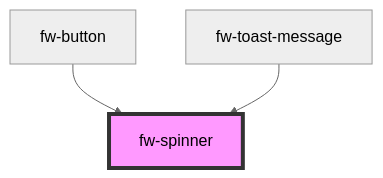
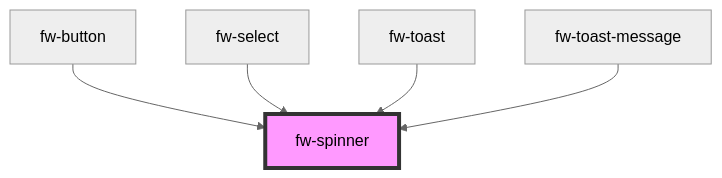
One commit to freshworks/crayons changed the diagram in packages/crayons-core/src/components/spinner/readme.md. Above: the diagram before and after it, drawn with Mermaid (neutral theme). The commit also changed other lines of this file and 12 other files, not shown here.

````diff
--- a/packages/crayons-core/src/components/spinner/readme.md
+++ b/packages/crayons-core/src/components/spinner/readme.md
@@ -71,6 +73,8 @@
 ```mermaid
 graph TD;
   fw-button --> fw-spinner
+  fw-select --> fw-spinner
+  fw-toast --> fw-spinner
   fw-toast-message --> fw-spinner
   style fw-spinner fill:#f9f,stroke:#333,stroke-width:4px
 ```
````
